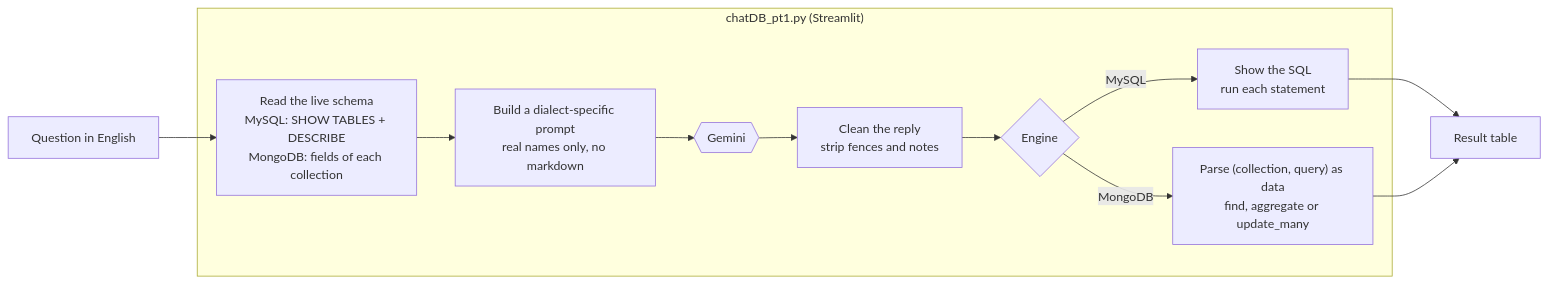
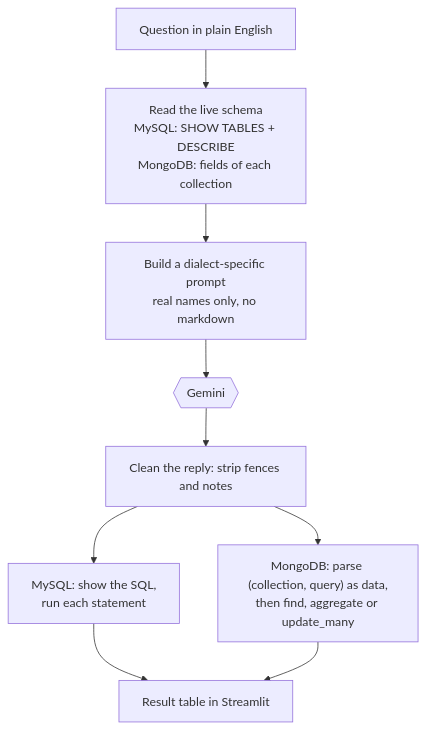
Before and after one commit to AdityaSidham/Chat-DB: the diagram in README.md, drawn with Mermaid.

Commit message:
Lay out the flow diagram top to bottom so it reads at README width

````diff
--- a/README.md
+++ b/README.md
@@ -40,14 +40,11 @@
 ```mermaid
-flowchart LR
-    Q["Question in English"] --> S
-    subgraph App["chatDB_pt1.py (Streamlit)"]
-        S["Read the live schema<br>MySQL: SHOW TABLES + DESCRIBE<br>MongoDB: fields of each collection"] --> P["Build a dialect-specific prompt<br>real names only, no markdown"]
-        P --> G{{Gemini}}
-        G --> C["Clean the reply<br>strip fences and notes"]
-        C --> X{Engine}
-        X -- MySQL --> SQL["Show the SQL<br>run each statement"]
-        X -- MongoDB --> M["Parse (collection, query) as data<br>find, aggregate or update_many"]
-    end
-    SQL --> T["Result table"]
+flowchart TB
+    Q["Question in plain English"] --> S["Read the live schema<br>MySQL: SHOW TABLES + DESCRIBE<br>MongoDB: fields of each collection"]
+    S --> P["Build a dialect-specific prompt<br>real names only, no markdown"]
+    P --> G{{Gemini}}
+    G --> C["Clean the reply: strip fences and notes"]
+    C --> SQL["MySQL: show the SQL,<br>run each statement"]
+    C --> M["MongoDB: parse (collection, query) as data,<br>then find, aggregate or update_many"]
+    SQL --> T["Result table in Streamlit"]
     M --> T
 ```
````
